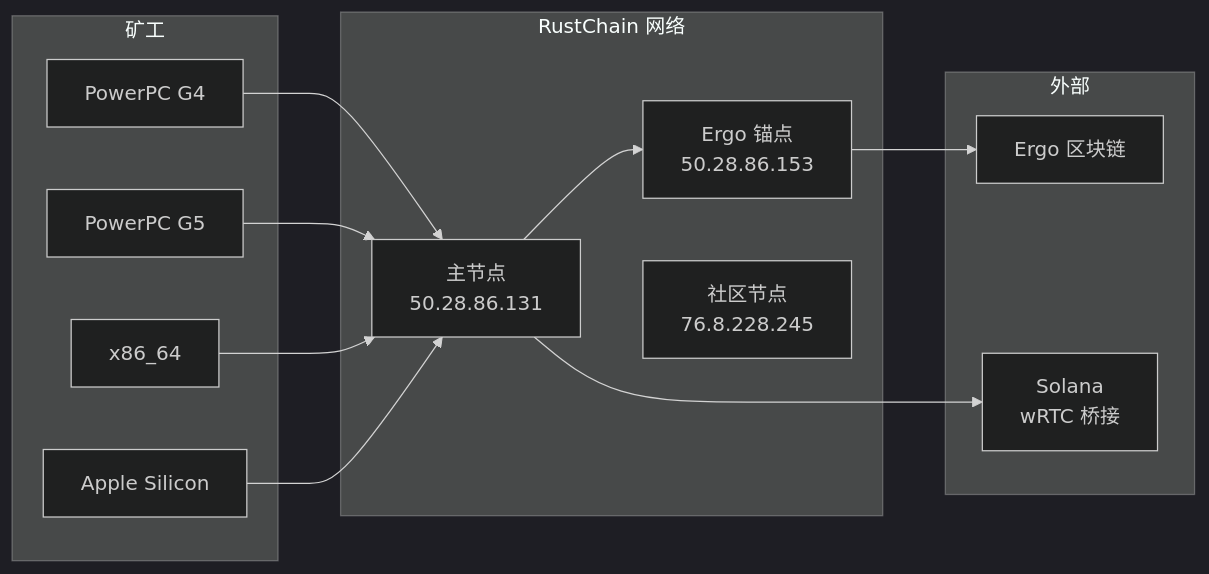
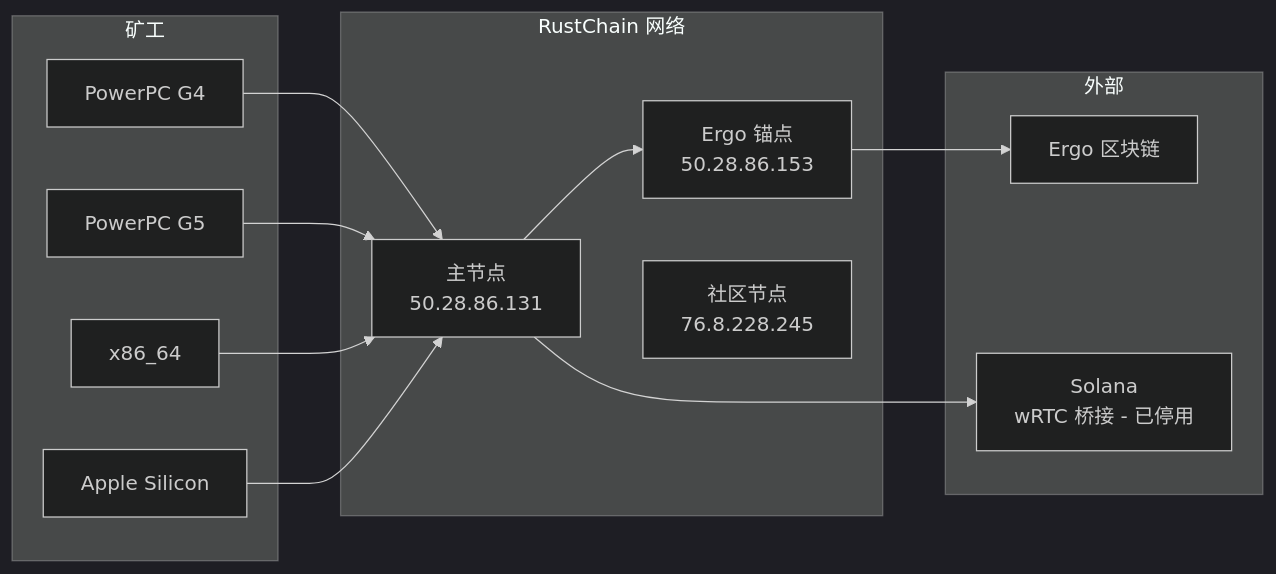
Before and after one commit to Scottcjn/Rustchain: the second of 2 diagrams in docs/zh-CN/PROTOCOL_OVERVIEW.md, drawn with Mermaid (dark theme). The commit also changed other lines of this file and 79 other files, not shown here.

````diff
--- a/docs/zh-CN/PROTOCOL_OVERVIEW.md
+++ b/docs/zh-CN/PROTOCOL_OVERVIEW.md
@@ -97,28 +97,28 @@
 ```mermaid
 graph LR
     subgraph 矿工
         M1[PowerPC G4]
         M2[PowerPC G5]
         M3[x86_64]
         M4[Apple Silicon]
     end
 
     subgraph RustChain 网络
         N1[主节点<br>50.28.86.131]
         N2[Ergo 锚点<br>50.28.86.153]
         N3[社区节点<br>76.8.228.245]
     end
 
     subgraph 外部
         ERGO[Ergo 区块链]
-        SOL[Solana<br>wRTC 桥接]
+        SOL[Solana<br>wRTC 桥接 - 已停用]
     end
 
     M1 --> N1
     M2 --> N1
     M3 --> N1
     M4 --> N1
     N1 --> N2
     N2 --> ERGO
     N1 --> SOL
 ```
````
